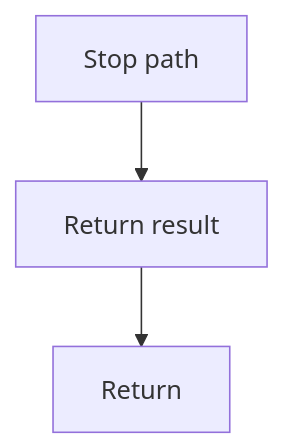
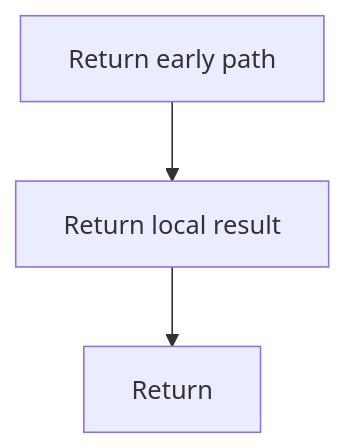
Before and after one commit to JohnAndrewBalbarosa/NeoTerritory: the second of 2 diagrams in docs/Codebase/Microservice/Modules/Source/Analysis/ImplementationUse/Resolution/Symbols/Query/Flow/functions/find_class_by_hash.cpp.md, drawn with Mermaid. The commit also changed other lines of this file and 925 other files, not shown here.

````diff
--- a/docs/Codebase/Microservice/Modules/Source/Analysis/ImplementationUse/Resolution/Symbols/Query/Flow/functions/find_class_by_hash.cpp.md
+++ b/docs/Codebase/Microservice/Modules/Source/Analysis/ImplementationUse/Resolution/Symbols/Query/Flow/functions/find_class_by_hash.cpp.md
@@ -54,8 +54,8 @@
 ```mermaid
 flowchart TD
-    N0["Stop path"]
-    N1["Return result"]
+    N0["Return early path"]
+    N1["Return local result"]
     N2["Return"]
     N0 --> N1
     N1 --> N2
 ```
````
